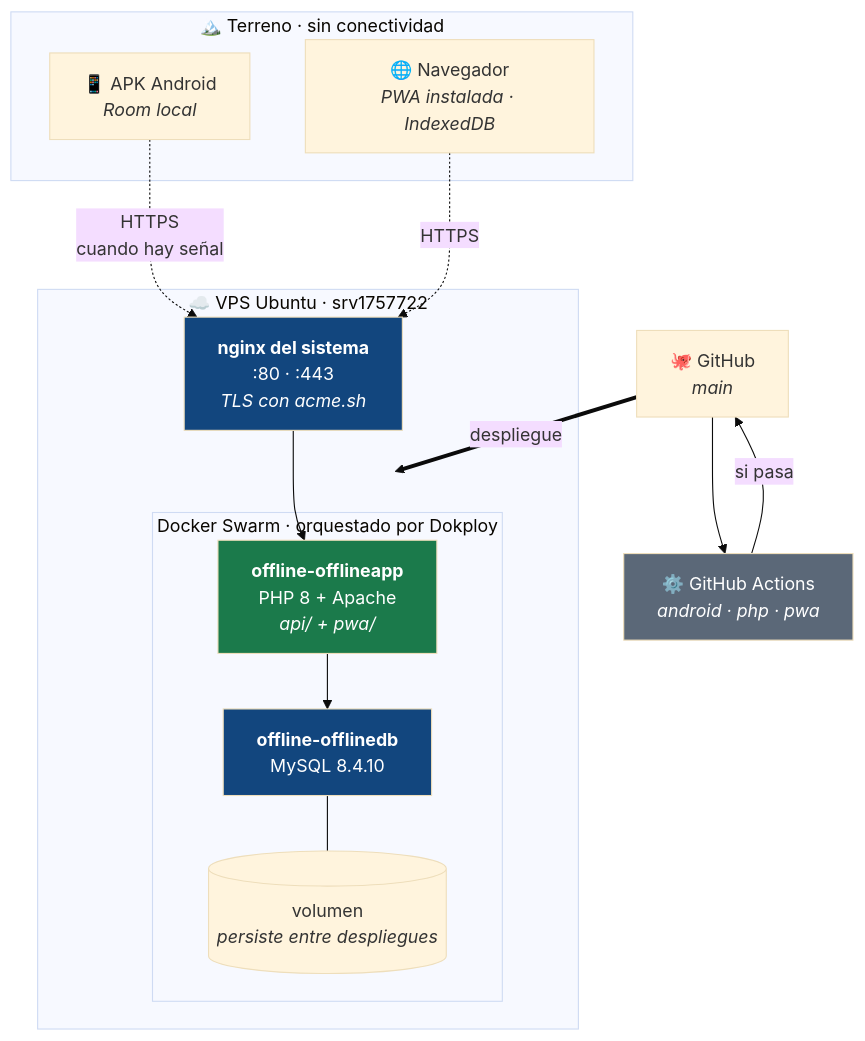
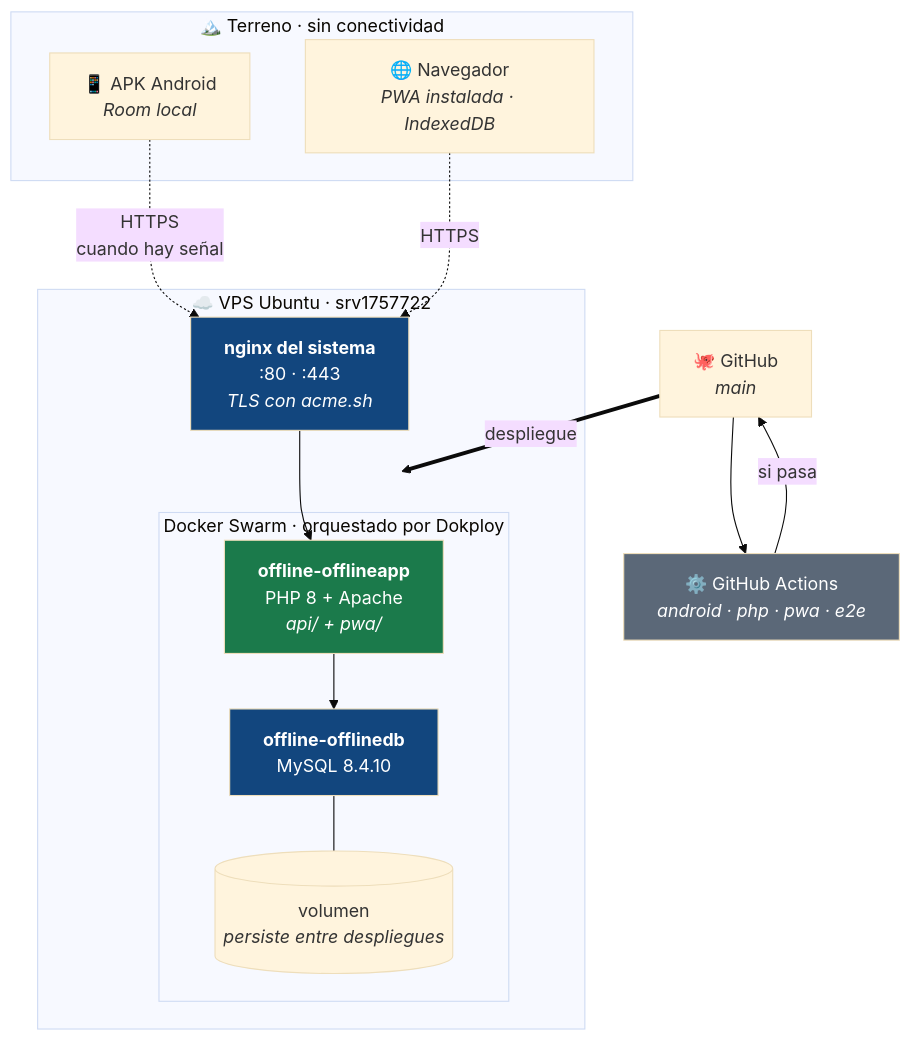
Before and after one commit to Manuel151025/proyecto_offline: the second of 12 diagrams in docs/ARQUITECTURA.md, drawn with Mermaid (base theme). The commit also changed other lines of this file and 19 other files, not shown here.

````diff
--- a/docs/ARQUITECTURA.md
+++ b/docs/ARQUITECTURA.md
@@ -155,33 +165,33 @@
 ```mermaid
 graph TB
     subgraph Campo["🏔️ Terreno · sin conectividad"]
         AND["📱 APK Android<br/><i>Room local</i>"]
         NAV["🌐 Navegador<br/><i>PWA instalada · IndexedDB</i>"]
     end
 
     subgraph VPS["☁️ VPS Ubuntu · srv1757722"]
         NGINX["<b>nginx del sistema</b><br/>:80 · :443<br/><i>TLS con acme.sh</i>"]
         subgraph Swarm["Docker Swarm · orquestado por Dokploy"]
             APP["<b>offline-offlineapp</b><br/>PHP 8 + Apache<br/><i>api/ + pwa/</i>"]
             MYSQL["<b>offline-offlinedb</b><br/>MySQL 8.4.10"]
             VOL[("volumen<br/><i>persiste entre despliegues</i>")]
             APP --> MYSQL
             MYSQL --- VOL
         end
         NGINX --> APP
     end
 
     GH["🐙 GitHub<br/><i>main</i>"]
-    CI["⚙️ GitHub Actions<br/><i>android · php · pwa</i>"]
+    CI["⚙️ GitHub Actions<br/><i>android · php · pwa · e2e</i>"]
 
     AND -.->|"HTTPS<br/>cuando hay señal"| NGINX
     NAV -.->|HTTPS| NGINX
     GH --> CI
     CI -->|"si pasa"| GH
     GH ==>|"despliegue"| Swarm
 
     style NGINX fill:#12467E,color:#fff
     style APP fill:#1B7A4B,color:#fff
     style MYSQL fill:#12467E,color:#fff
     style CI fill:#5B6878,color:#fff
 ```
````
